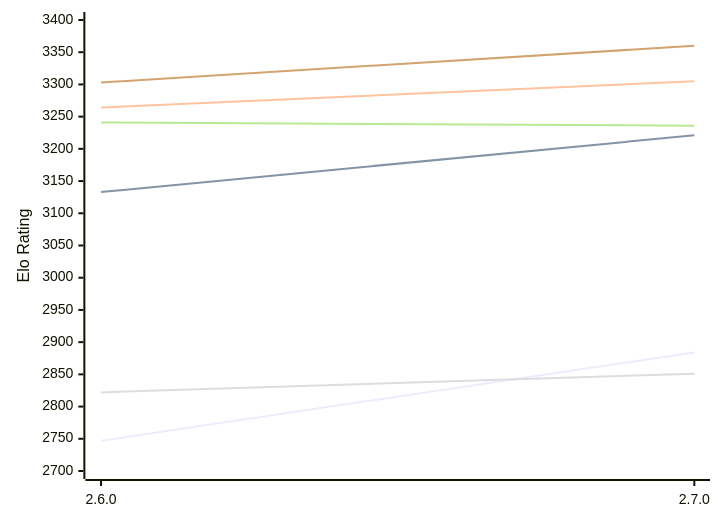
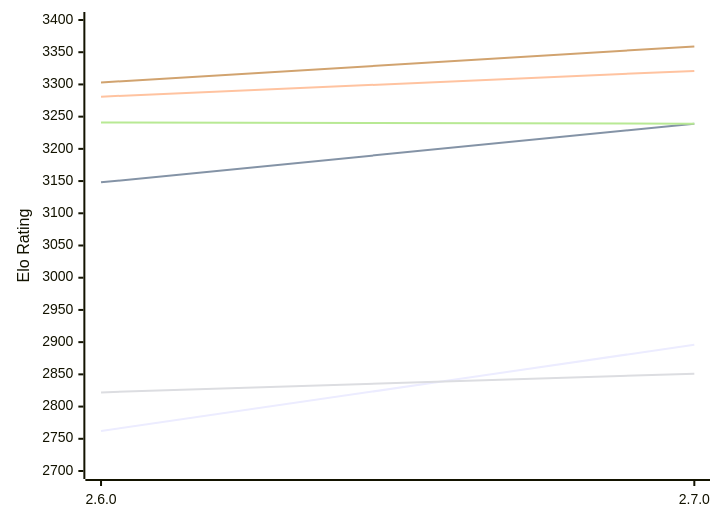
Before and after one commit to computer-chess-index/cci: the first of 2 diagrams in engines/Sturddle2.md, drawn with Mermaid. The commit also changed other lines of this file, not shown here.

Commit message:
Update CCI Ratings (ELO VLTC) - 2026-11-11

````diff
--- a/engines/Sturddle2.md
+++ b/engines/Sturddle2.md
@@ -51,12 +51,12 @@
 ```mermaid
 %%{init: {"theme":"base","themeVariables":{"seriesColors:['#a3a3a3','#222221','#faa371']}}}%%
 xychart-beta
   x-axis ["2.6.0", "2.7.0"]
   y-axis "Elo Rating" 2700 --> 3400
-  line "E1: STC (8.0+0.08s)" [2747, 2884]
-  line "E1: LTC (60.0+0.60s)" [3133, 3221]
-  line "E1: VLTC (2m24s+1.12s)" [3264, 3305]
+  line "E1: STC (8.0+0.08s)" [2762, 2896]
+  line "E1: LTC (60.0+0.60s)" [3148, 3239]
+  line "E1: VLTC (2m24s+1.12s)" [3281, 3321]
   line "P1: STC (8.0+0.08s)" [2822, 2851]
-  line "P1: LTC (60.0+0.60s)" [3241, 3236]
-  line "P1: VLTC (2m24s+1.12s)" [3303, 3360]
+  line "P1: LTC (60.0+0.60s)" [3241, 3239]
+  line "P1: VLTC (2m24s+1.12s)" [3303, 3359]
 ```
````
